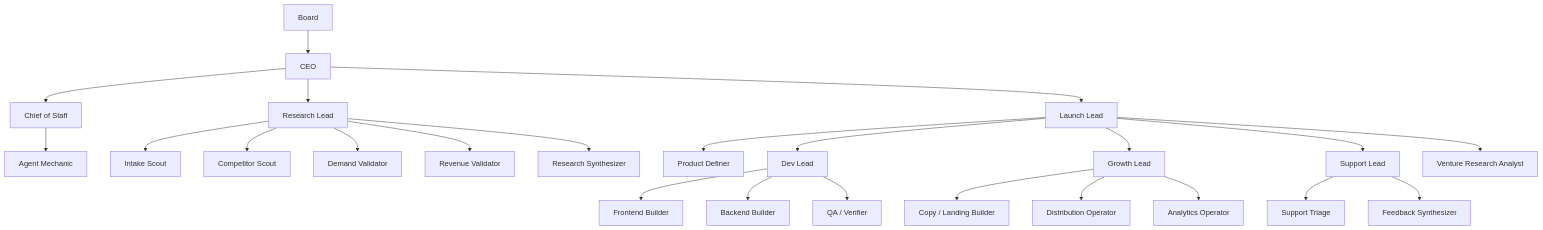
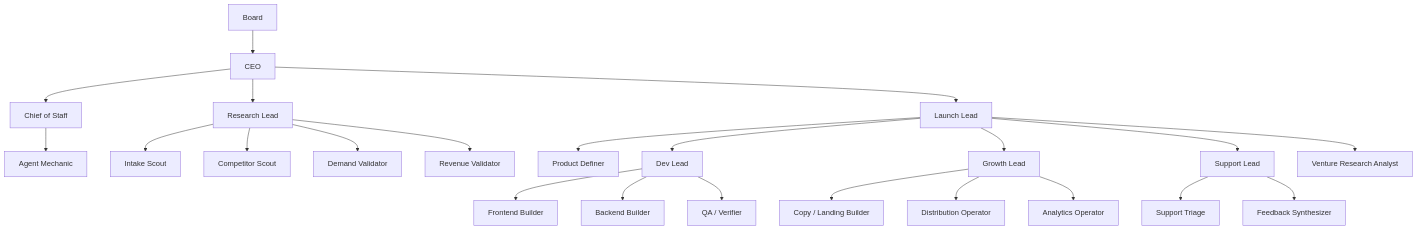
Before and after one commit to Vladick-Pick/Nohum-studio: the first of 4 diagrams in docs/nohum-board-map-2026-03-28.md, drawn with Mermaid. The commit also changed other lines of this file and 10 other files, not shown here.

Commit message:
docs: remove legacy research synthesizer role

````diff
--- a/docs/nohum-board-map-2026-03-28.md
+++ b/docs/nohum-board-map-2026-03-28.md
@@ -141,36 +140,35 @@
 ```mermaid
 flowchart TD
   B["Board"]
   CEO["CEO"]
 
   B --> CEO
 
   CEO --> COS["Chief of Staff"]
   CEO --> RL["Research Lead"]
   CEO --> LL["Launch Lead"]
 
   COS --> AM["Agent Mechanic"]
 
   RL --> RIS["Intake Scout"]
   RL --> RCS["Competitor Scout"]
   RL --> RDV["Demand Validator"]
   RL --> RRV["Revenue Validator"]
-  RL --> RSY["Research Synthesizer"]
 
   LL --> PD["Product Definer"]
   LL --> DL["Dev Lead"]
   LL --> GL["Growth Lead"]
   LL --> SL["Support Lead"]
   LL --> VRA["Venture Research Analyst"]
 
   DL --> FE["Frontend Builder"]
   DL --> BE["Backend Builder"]
   DL --> QA["QA / Verifier"]
 
   GL --> COPY["Copy / Landing Builder"]
   GL --> DIST["Distribution Operator"]
   GL --> ANA["Analytics Operator"]
 
   SL --> TRI["Support Triage"]
   SL --> FSY["Feedback Synthesizer"]
 ```
````
